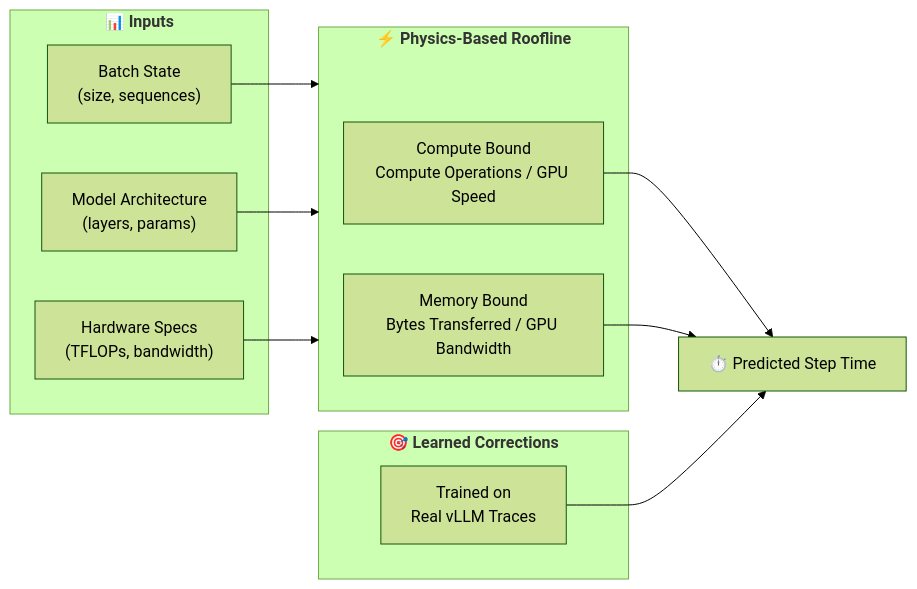
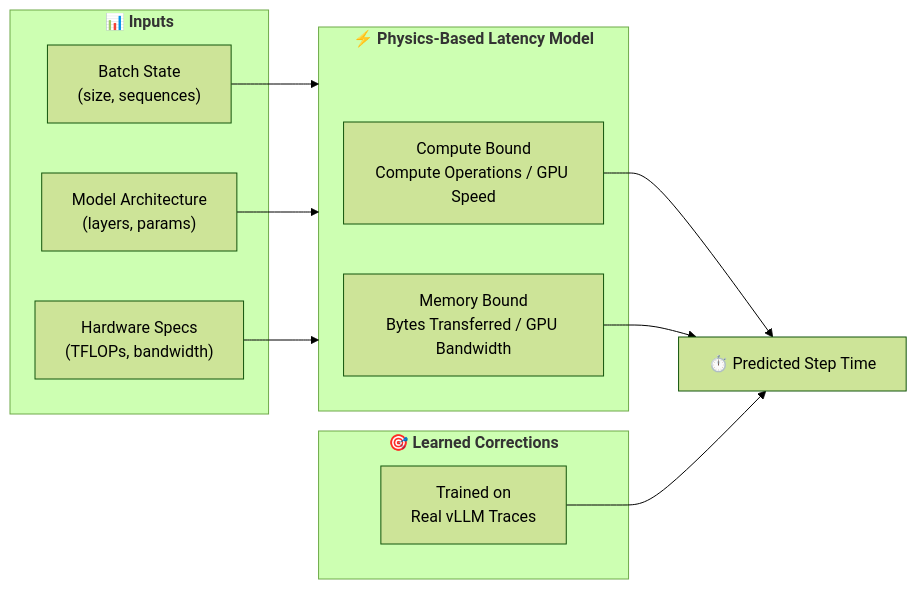
Before and after one commit to inference-sim/inference-sim: the second of 3 diagrams in docs/blog/posts/building-trust-physics-of-simulation.md, drawn with Mermaid (forest theme). The commit also changed other lines of this file, not shown here.

First line of the commit message:
docs(blog): polish article to reduce repetition and improve flow

````diff
--- a/docs/blog/posts/building-trust-physics-of-simulation.md
+++ b/docs/blog/posts/building-trust-physics-of-simulation.md
@@ -105,25 +105,25 @@
 ```mermaid
 flowchart LR
     subgraph Inputs["📊 <b>Inputs</b>"]
         Batch["Batch State<br/>(size, sequences)"]
         LLM["Model Architecture<br/>(layers, params)"]
         HW["Hardware Specs<br/>(TFLOPs, bandwidth)"]
     end
 
-    subgraph Physics["⚡ <b>Physics-Based Roofline</b>"]
+    subgraph Physics["⚡ <b>Physics-Based Latency Model</b>"]
         Compute["Compute Bound<br/>Compute Operations / GPU Speed"]
         Memory["Memory Bound<br/>Bytes Transferred / GPU Bandwidth"]
     end
 
     subgraph Learned["🎯 <b>Learned Corrections</b>"]
         Coeffs["Trained on<br/>Real vLLM Traces"]
     end
 
     Batch --> Physics
     LLM --> Physics
     HW --> Physics
 
     Compute --> StepTime["⏱️ Predicted Step Time"]
     Memory --> StepTime
     Coeffs --> StepTime
 ```
````
